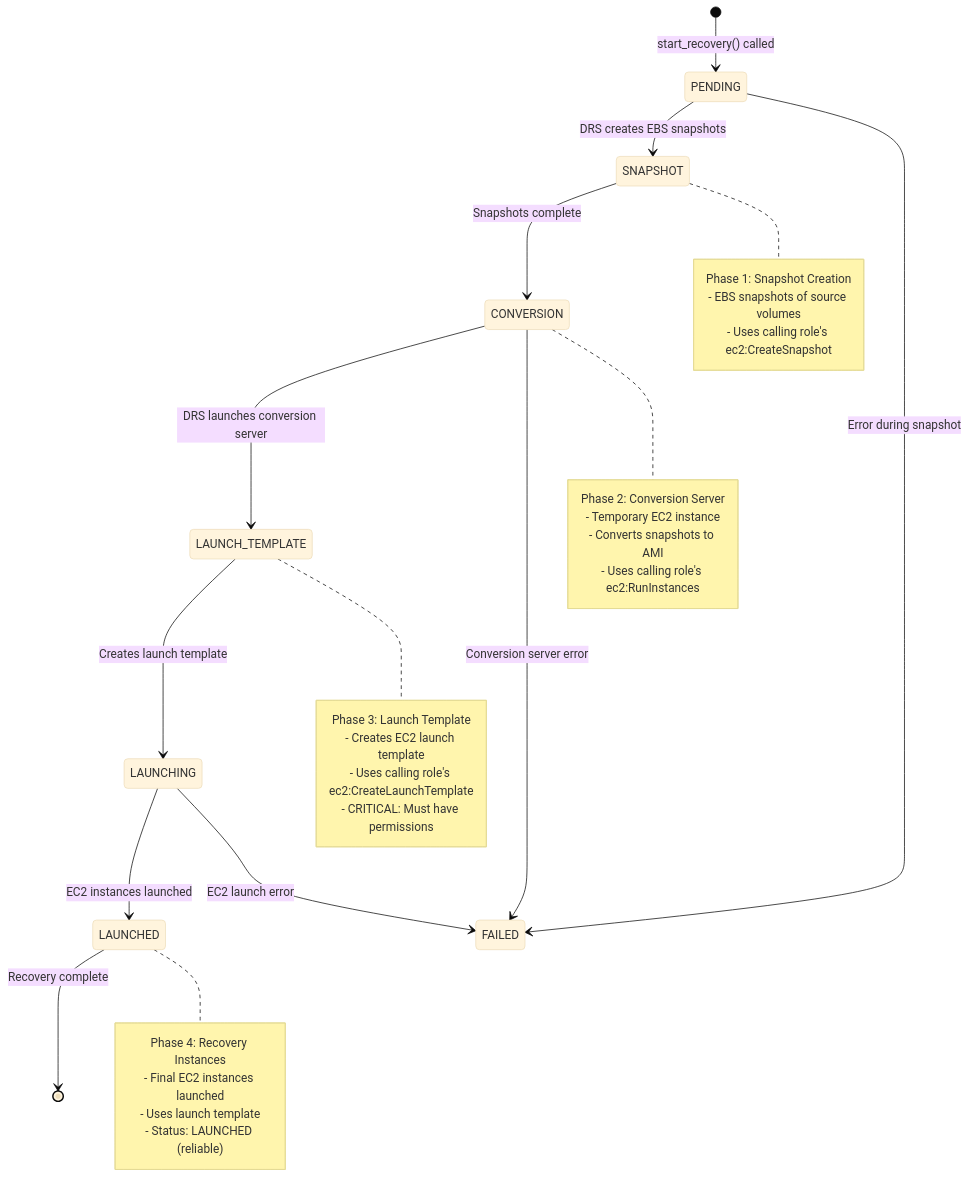
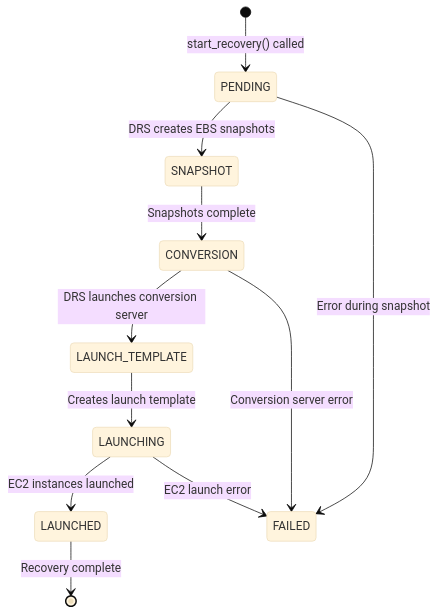
One commit to johnjcousens/aws-elasticdrs-orchestrator changed the sixth of 10 diagrams in docs/architecture/ARCHITECTURE_DIAGRAMS.md. Above: the diagram before and after it, drawn with Mermaid (base theme). The commit also changed other lines of this file, not shown here.

First line of the commit message:
docs: fix Mermaid syntax errors and update architecture diagrams

````diff
--- a/docs/architecture/ARCHITECTURE_DIAGRAMS.md
+++ b/docs/architecture/ARCHITECTURE_DIAGRAMS.md
@@ -306,44 +306,19 @@
 ```mermaid
 stateDiagram-v2
     [*] --> PENDING: start_recovery() called
     
     PENDING --> SNAPSHOT: DRS creates EBS snapshots
     SNAPSHOT --> CONVERSION: Snapshots complete
     
     CONVERSION --> LAUNCH_TEMPLATE: DRS launches conversion server
     LAUNCH_TEMPLATE --> LAUNCHING: Creates launch template
     
     LAUNCHING --> LAUNCHED: EC2 instances launched
     LAUNCHED --> [*]: Recovery complete
     
     PENDING --> FAILED: Error during snapshot
     CONVERSION --> FAILED: Conversion server error
     LAUNCHING --> FAILED: EC2 launch error
     
-    note right of SNAPSHOT
-        Phase 1: Snapshot Creation
-        - EBS snapshots of source volumes
-        - Uses calling role's ec2:CreateSnapshot
-    end note
-    
-    note right of CONVERSION
-        Phase 2: Conversion Server
-        - Temporary EC2 instance
-        - Converts snapshots to AMI
-        - Uses calling role's ec2:RunInstances
-    end note
-    
-    note right of LAUNCH_TEMPLATE
-        Phase 3: Launch Template
-        - Creates EC2 launch template
-        - Uses calling role's ec2:CreateLaunchTemplate
-        - CRITICAL: Must have permissions
-    end note
-    
-    note right of LAUNCHED
-        Phase 4: Recovery Instances
-        - Final EC2 instances launched
-        - Uses launch template
-        - Status: LAUNCHED (reliable)
-    end note
+
 ```
````
